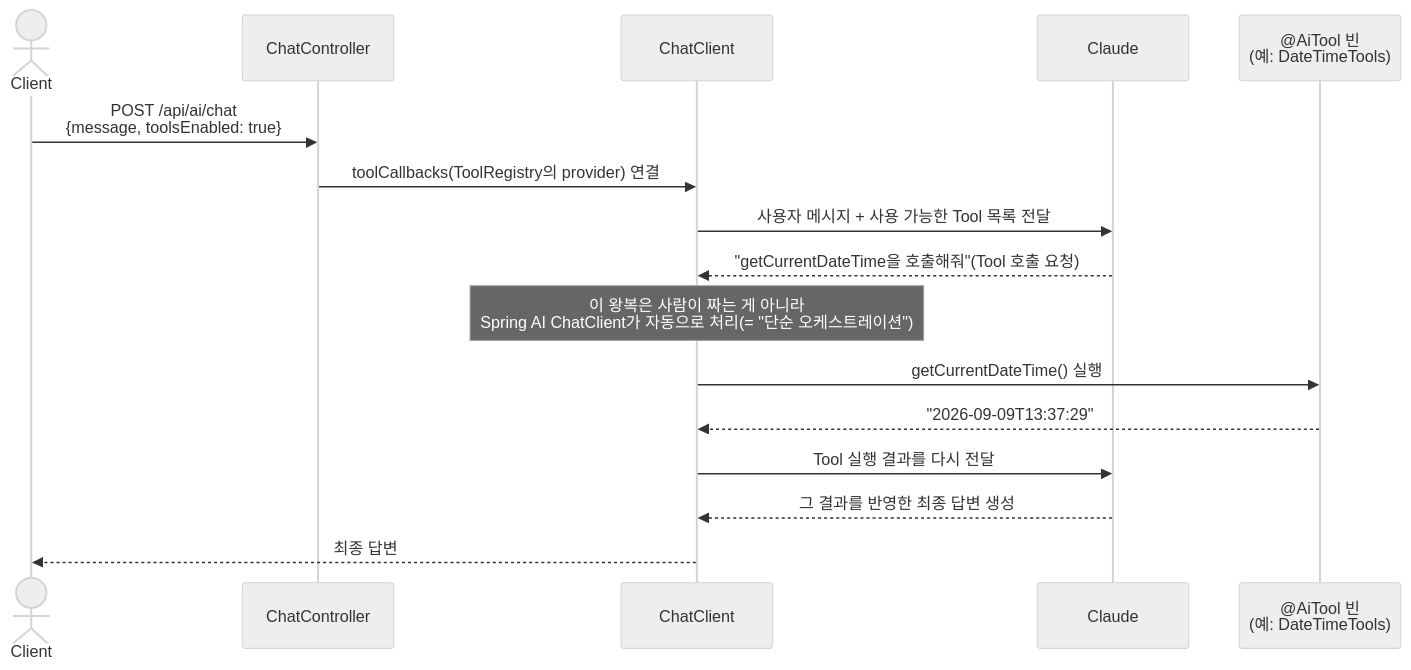
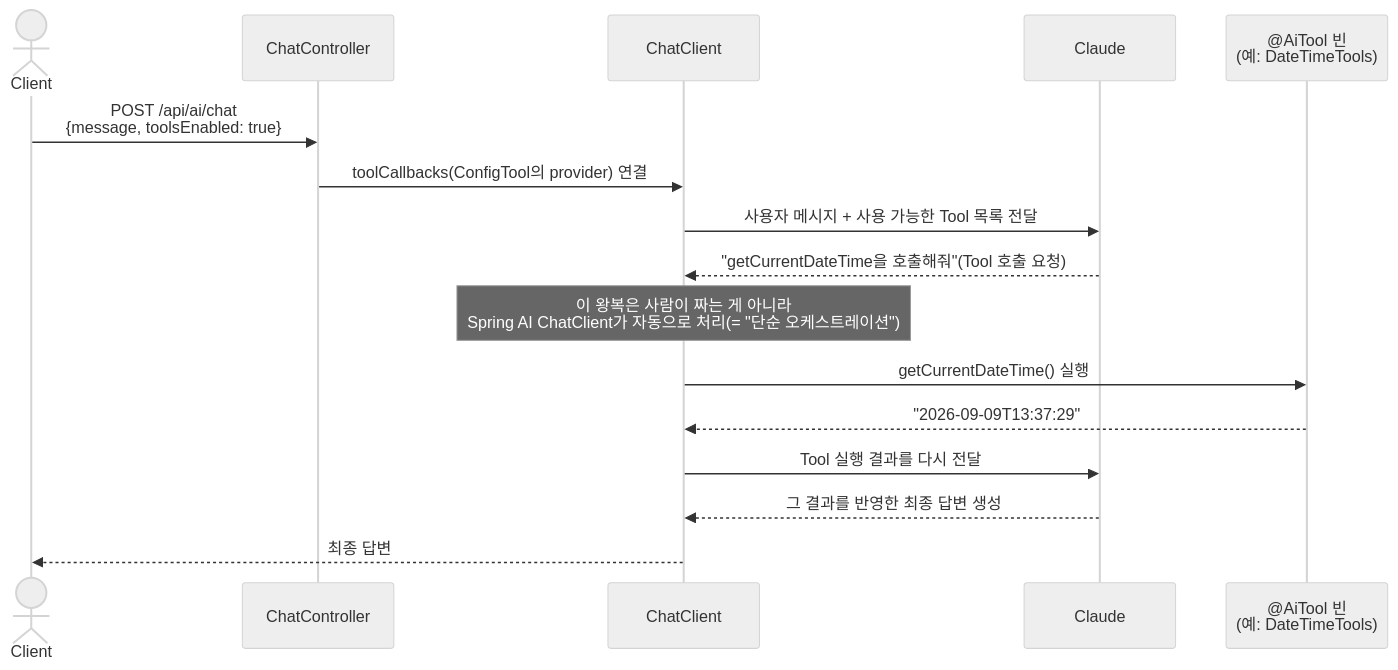
The eighth of 8 diagrams in docs/dstone-ai-engine.md (YongSoekChoeng/dstone), drawn with Mermaid (neutral theme) before and after one commit. The commit also changed other lines of this file and 8 other files, not shown here.

````diff
--- a/docs/dstone-ai-engine.md
+++ b/docs/dstone-ai-engine.md
@@ -332,19 +333,19 @@
 ```mermaid
 sequenceDiagram
     actor Client
     participant Ctrl as ChatController
     participant CC as ChatClient
     participant LLM as Claude
     participant Tool as @AiTool 빈<br/>(예: DateTimeTools)
 
     Client->>Ctrl: POST /api/ai/chat<br/>{message, toolsEnabled: true}
-    Ctrl->>CC: toolCallbacks(ToolRegistry의 provider) 연결
+    Ctrl->>CC: toolCallbacks(ConfigTool의 provider) 연결
     CC->>LLM: 사용자 메시지 + 사용 가능한 Tool 목록 전달
     LLM-->>CC: "getCurrentDateTime을 호출해줘"(Tool 호출 요청)
     Note over CC: 이 왕복은 사람이 짜는 게 아니라<br/>Spring AI ChatClient가 자동으로 처리(= "단순 오케스트레이션")
     CC->>Tool: getCurrentDateTime() 실행
     Tool-->>CC: "2026-09-09T13:37:29"
     CC->>LLM: Tool 실행 결과를 다시 전달
     LLM-->>CC: 그 결과를 반영한 최종 답변 생성
     CC-->>Client: 최종 답변
 ```
````
